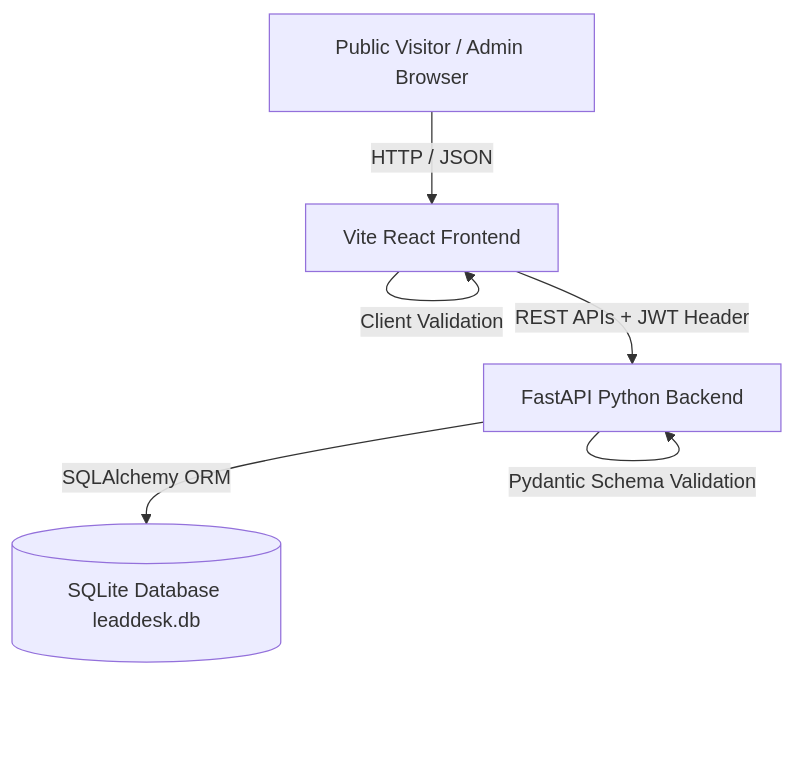
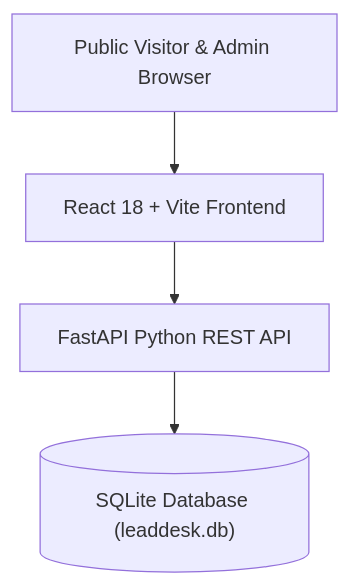
The diagram in README.md (DivyanshGahlaut/LeadDesk-Mini), drawn with Mermaid before and after one commit. The commit also changed other lines of this file, not shown here.

Commit message:
fix: remove loom script section and fix mermaid diagram rendering syntax in README

````diff
--- a/README.md
+++ b/README.md
@@ -57,8 +57,11 @@
 ```mermaid
-graph TD
-    A[Public Visitor / Admin Browser] -->|HTTP / JSON| B[Vite React Frontend]
-    B -->|Client Validation| B
-    B -->|REST APIs + JWT Header| C[FastAPI Python Backend]
-    C -->|Pydantic Schema Validation| C
-    C -->|SQLAlchemy ORM| D[(SQLite Database leaddesk.db)]
+flowchart TD
+    Client["Public Visitor & Admin Browser"]
+    Frontend["React 18 + Vite Frontend"]
+    Backend["FastAPI Python REST API"]
+    Database[("SQLite Database (leaddesk.db)")]
+
+    Client --> Frontend
+    Frontend --> Backend
+    Backend --> Database
 ```
````
